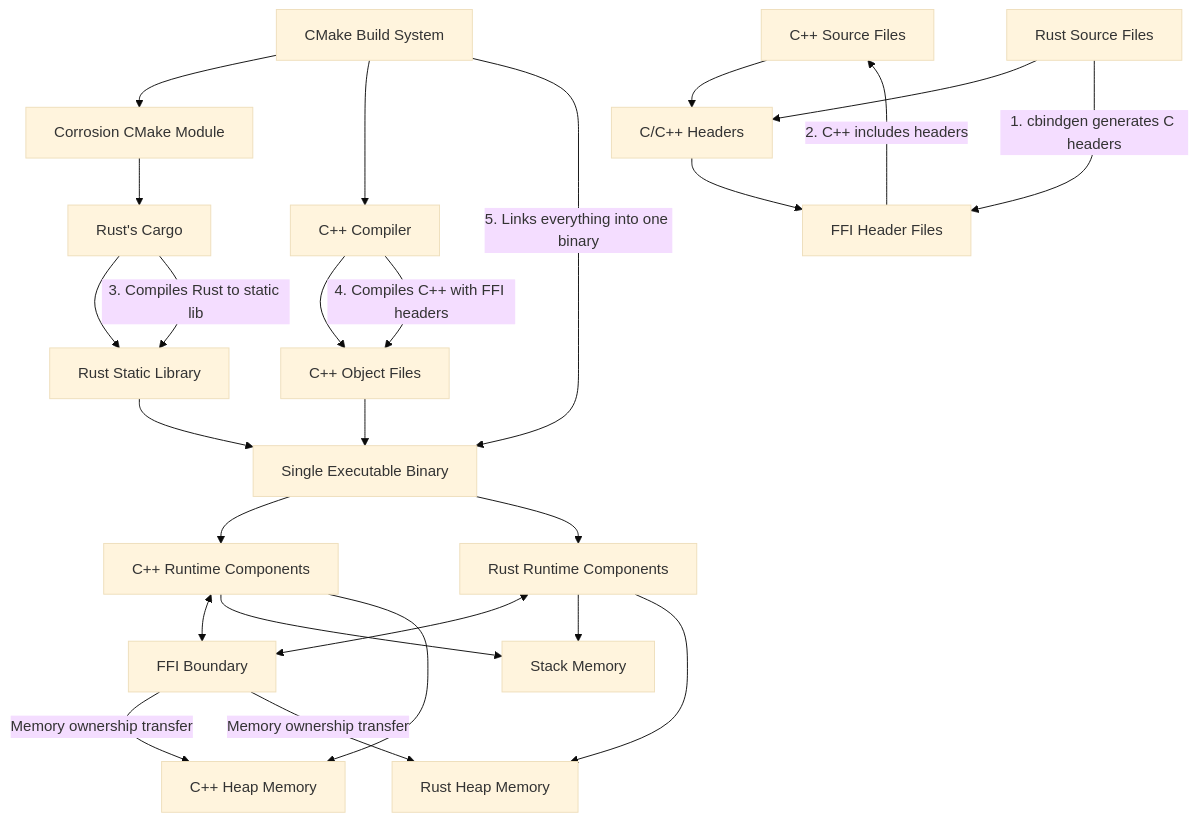
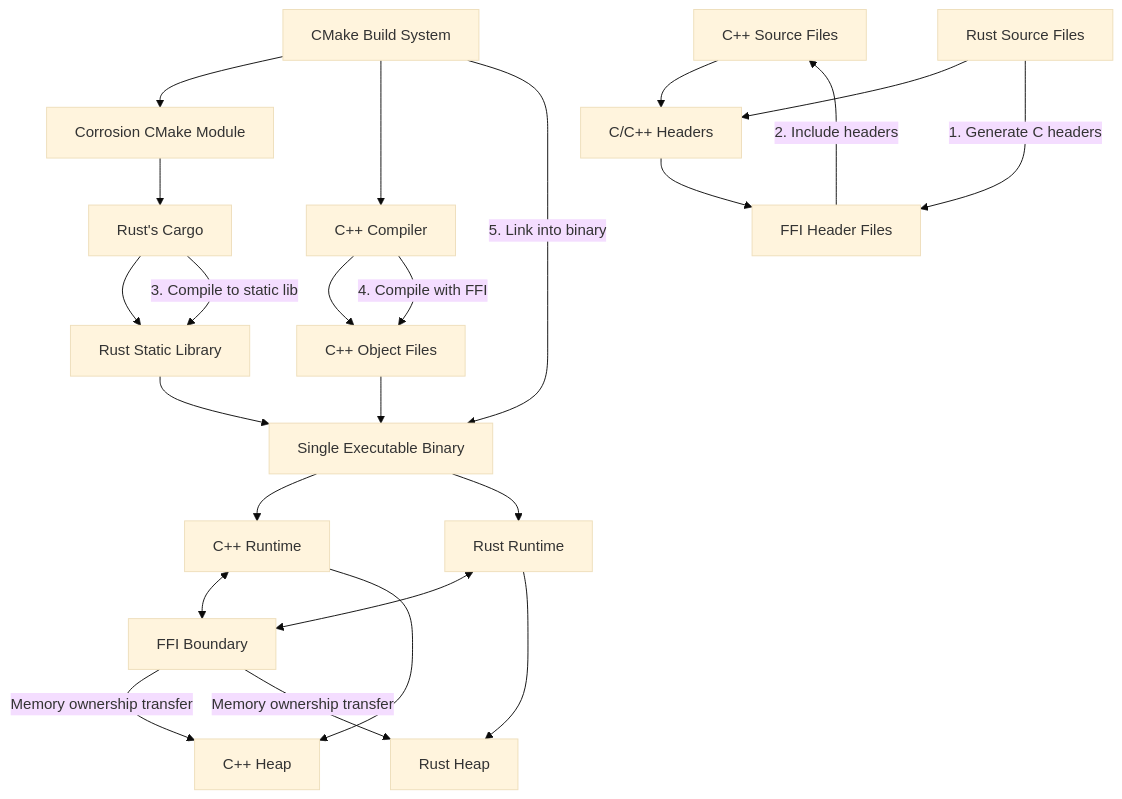
One commit to shahern004/CRUSTy-Core changed the sixth of 6 diagrams in Documentation/CRUSTY-Core_System_Design.md. Above: the diagram before and after it, drawn with Mermaid (base theme). The commit also changed other lines of this file, not shown here.

Commit message:
Fix mermaid diagram rendering issues in CRUSTY-Core System Design document

````diff
--- a/Documentation/CRUSTY-Core_System_Design.md
+++ b/Documentation/CRUSTY-Core_System_Design.md
@@ -785,70 +793,39 @@
 ```mermaid
-graph TD
-    %% Source Code
-    CPP[C++ Source Files]
-    Rust[Rust Source Files]
-    Headers[C/C++ Headers]
+flowchart TD
+    %% Core Components
+    CPP["C++ Source Files"] --> Headers["C/C++ Headers"]
+    Rust["Rust Source Files"] --> Headers
     
-    %% Build System
-    CMake[CMake Build System]
-    Corrosion[Corrosion CMake Module]
-    Cargo[Rust's Cargo]
-    CXXCompiler[C++ Compiler]
+    %% Build System Components
+    CMake["CMake Build System"] --> Corrosion["Corrosion CMake Module"]
+    CMake --> CXXCompiler["C++ Compiler"]
+    Corrosion --> Cargo["Rust's Cargo"]
     
-    %% Intermediate Artifacts
-    RustLib[Rust Static Library]
-    CPPObj[C++ Object Files]
-    FFIHeaders[FFI Header Files]
+    %% Compilation Process
+    Cargo --> RustLib["Rust Static Library"]
+    CXXCompiler --> CPPObj["C++ Object Files"]
+    Headers --> FFIHeaders["FFI Header Files"]
     
-    %% Final Output
-    Binary[Single Executable Binary]
+    %% Linking Process
+    RustLib --> Binary["Single Executable Binary"]
+    CPPObj --> Binary
     
     %% Runtime Components
-    CPPRuntime[C++ Runtime Components]
-    RustRuntime[Rust Runtime Components]
-    FFIBoundary[FFI Boundary]
-    
-    %% Memory Model
-    Stack[Stack Memory]
-    HeapCPP[C++ Heap Memory]
-    HeapRust[Rust Heap Memory]
-    
-    %% Source relationships
-    CPP --> Headers
-    Rust --> Headers
-    
-    %% Build system flow
-    CMake --> Corrosion
-    CMake --> CXXCompiler
-    Corrosion --> Cargo
-    
-    %% Compilation flow
-    Cargo --> RustLib
-    CXXCompiler --> CPPObj
-    Headers --> FFIHeaders
-    
-    %% Linking flow
-    RustLib --> Binary
-    CPPObj --> Binary
-    
-    %% Runtime relationships
-    Binary --> CPPRuntime
-    Binary --> RustRuntime
-    CPPRuntime <--> FFIBoundary
+    Binary --> CPPRuntime["C++ Runtime"]
+    Binary --> RustRuntime["Rust Runtime"]
+    CPPRuntime <--> FFIBoundary["FFI Boundary"]
     RustRuntime <--> FFIBoundary
     
-    %% Detailed process steps
-    Rust -- "1. cbindgen generates C headers" --> FFIHeaders
-    FFIHeaders -- "2. C++ includes headers" --> CPP
-    Cargo -- "3. Compiles Rust to static lib" --> RustLib
-    CXXCompiler -- "4. Compiles C++ with FFI headers" --> CPPObj
-    CMake -- "5. Links everything into one binary" --> Binary
+    %% Process Steps
+    Rust -- "1. Generate C headers" --> FFIHeaders
+    FFIHeaders -- "2. Include headers" --> CPP
+    Cargo -- "3. Compile to static lib" --> RustLib
+    CXXCompiler -- "4. Compile with FFI" --> CPPObj
+    CMake -- "5. Link into binary" --> Binary
     
-    %% Memory ownership
-    CPPRuntime --> Stack
-    CPPRuntime --> HeapCPP
-    RustRuntime --> Stack
-    RustRuntime --> HeapRust
+    %% Memory Management
+    CPPRuntime --> HeapCPP["C++ Heap"]
+    RustRuntime --> HeapRust["Rust Heap"]
     FFIBoundary -- "Memory ownership transfer" --> HeapCPP
     FFIBoundary -- "Memory ownership transfer" --> HeapRust
 ```
````
